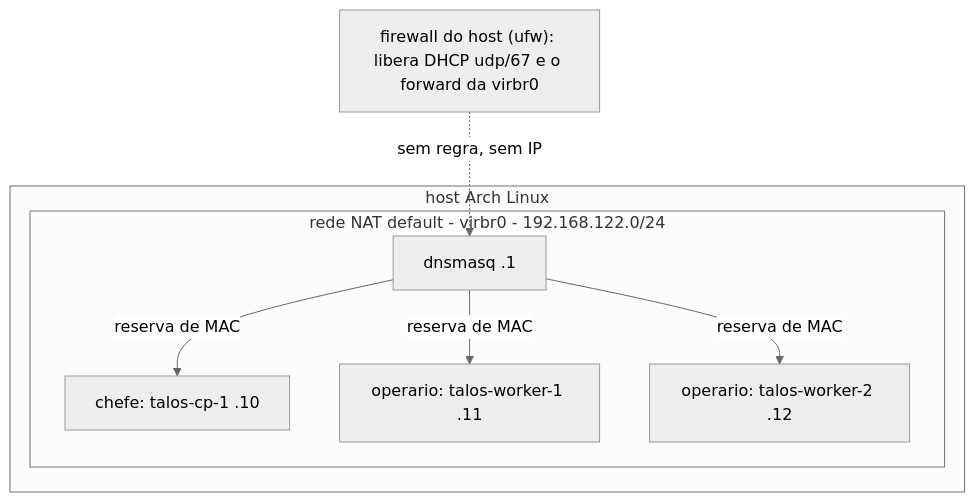
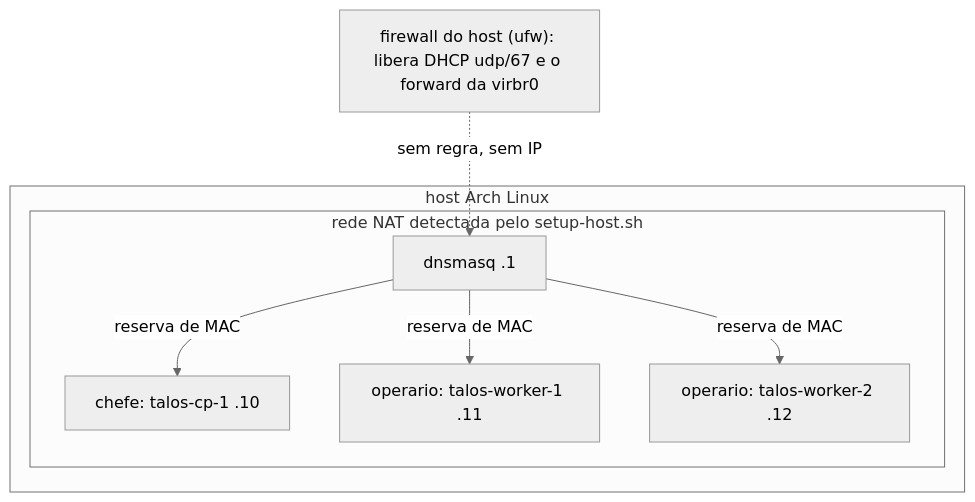
One commit to heitorfreitasferreira/k8s-gitops-platform changed the third of 6 diagrams in terraform/infra/README.md. Above: the diagram before and after it, drawn with Mermaid (neutral theme). The commit also changed other lines of this file and 9 other files, not shown here.

````diff
--- a/terraform/infra/README.md
+++ b/terraform/infra/README.md
@@ -66,16 +66,16 @@
 ```mermaid
 flowchart TB
   fw["firewall do host (ufw): libera DHCP udp/67 e o forward da virbr0"]
   subgraph host["host Arch Linux"]
-    subgraph net["rede NAT default - virbr0 - 192.168.122.0/24"]
+    subgraph net["rede NAT detectada pelo setup-host.sh"]
       dnsmasq["dnsmasq .1"]
       cp["chefe: talos-cp-1 .10"]
       w1["operario: talos-worker-1 .11"]
       w2["operario: talos-worker-2 .12"]
     end
   end
   fw -.sem regra, sem IP.-> dnsmasq
   dnsmasq -->|reserva de MAC| cp
   dnsmasq -->|reserva de MAC| w1
   dnsmasq -->|reserva de MAC| w2
 ```
````
